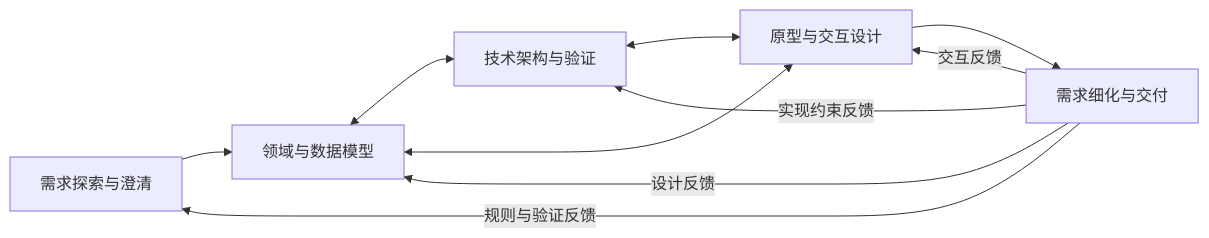
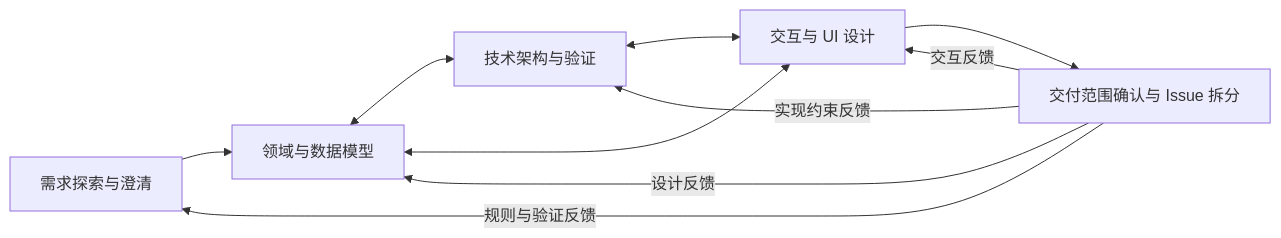
Before and after one commit to FarmerLi/project-design-skill: the diagram in README.md, drawn with Mermaid. The commit also changed other lines of this file and 53 other files, not shown here.

````diff
--- a/README.md
+++ b/README.md
@@ -9,12 +9,12 @@
 ```mermaid
 flowchart LR
   N["需求探索与澄清"] --> M["领域与数据模型"]
   M <--> A["技术架构与验证"]
-  M <--> I["原型与交互设计"]
+  M <--> I["交互与 UI 设计"]
   A <--> I
-  I --> D["需求细化与交付"]
+  I --> D["交付范围确认与 Issue 拆分"]
   D -->|规则与验证反馈| N
   D -->|设计反馈| M
   D -->|实现约束反馈| A
   D -->|交互反馈| I
 ```
````
